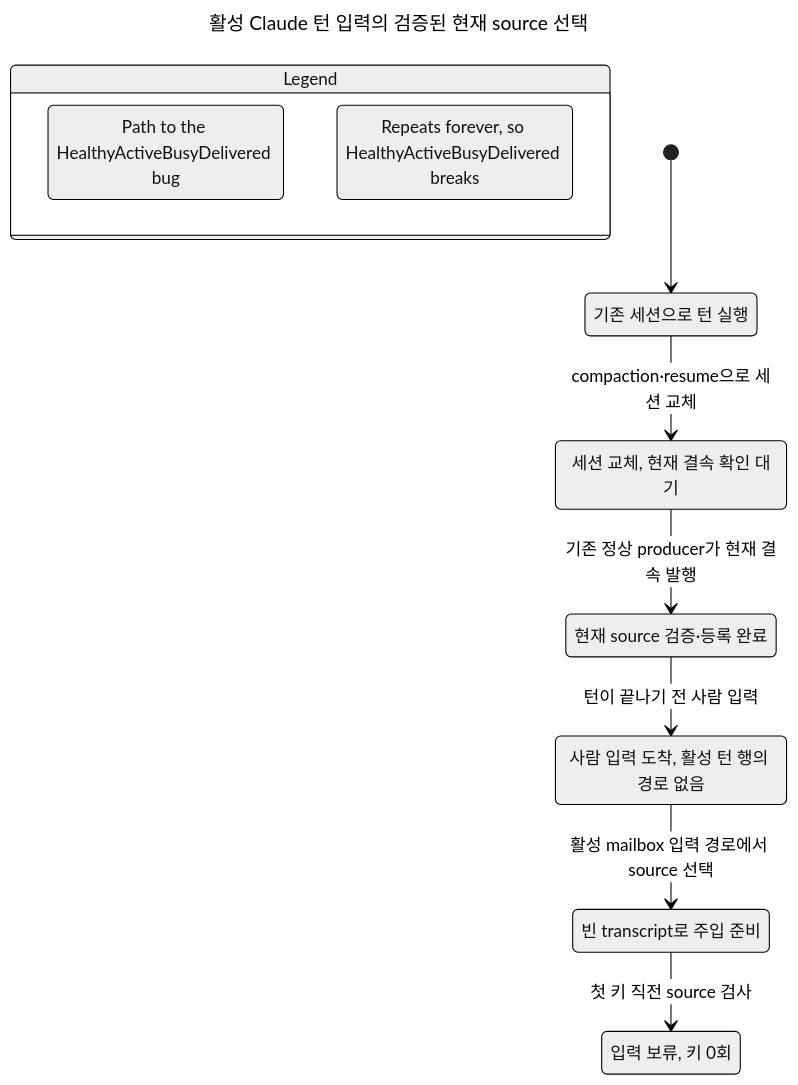
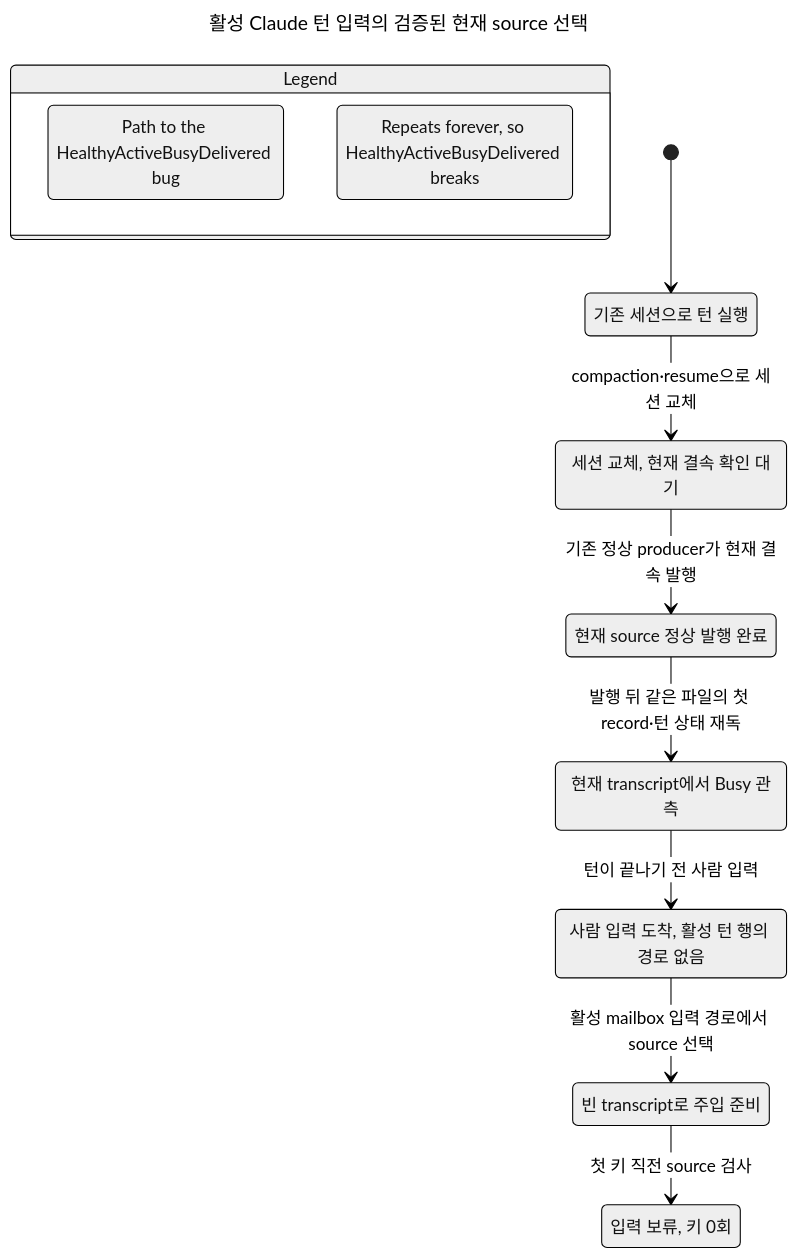
Before and after one commit to itismyfield/AgentDesk: the diagram in docs/statecharts/input-single-path/herdr-busy-active-source.before.chart.mmd, drawn with Mermaid (neutral theme). The commit also changed 6 other files, not shown here.

Commit message:
docs: model busy source proof from opened transcript evidence

```diff
--- a/docs/statecharts/input-single-path/herdr-busy-active-source.before.chart.mmd
+++ b/docs/statecharts/input-single-path/herdr-busy-active-source.before.chart.mmd
@@ -1,28 +1,31 @@
 ---
 title: "활성 Claude 턴 입력의 검증된 현재 source 선택"
 ---
 stateDiagram-v2
   state "Legend" as legend {
     lg0: Path to the HealthyActiveBusyDelivered bug
     lg1: Repeats forever, so HealthyActiveBusyDelivered breaks
   }
   class lg0 bugPath
   class lg1 repeats
   s0: 기존 세션으로 턴 실행
   s1: 세션 교체, 현재 결속 확인 대기
-  s2: 현재 source 검증#183;등록 완료
-  s3: 사람 입력 도착, 활성 턴 행의 경로 없음
-  s4: 빈 transcript로 주입 준비
-  s5: 입력 보류, 키 0회
+  s2: 현재 source 정상 발행 완료
+  s3: 현재 transcript에서 Busy 관측
+  s4: 사람 입력 도착, 활성 턴 행의 경로 없음
+  s5: 빈 transcript로 주입 준비
+  s6: 입력 보류, 키 0회
   [*] --> s0
   s0 --> s1: compaction#183;resume으로 세션 교체
   s1 --> s2: 기존 정상 producer가 현재 결속 발행
-  s2 --> s3: 턴이 끝나기 전 사람 입력
-  s3 --> s4: 활성 mailbox 입력 경로에서 source 선택
-  s4 --> s5: 첫 키 직전 source 검사
+  s2 --> s3: 발행 뒤 같은 파일의 첫 record#183;턴 상태 재독
+  s3 --> s4: 턴이 끝나기 전 사람 입력
+  s4 --> s5: 활성 mailbox 입력 경로에서 source 선택
+  s5 --> s6: 첫 키 직전 source 검사
   class s0 bugPath
   class s1 bugPath
   class s2 bugPath
   class s3 bugPath
   class s4 bugPath
-  class s5 repeats
+  class s5 bugPath
+  class s6 repeats
```
